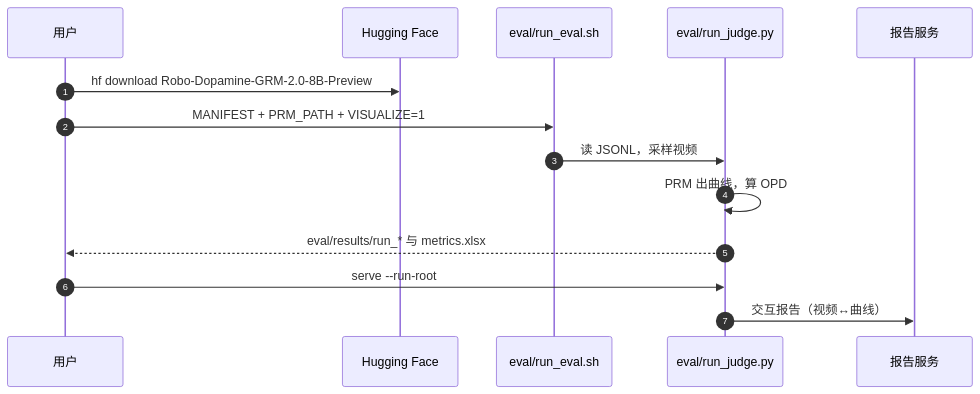
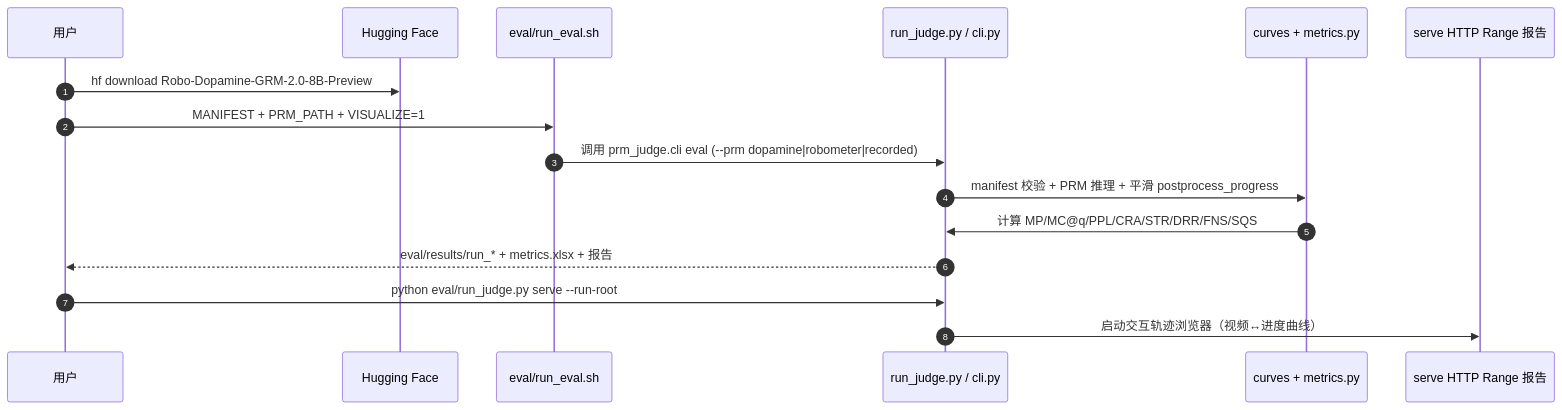
The second of 2 diagrams in wiki/entities/paper-prm-as-a-judge.md (ImChong/Robotics_Notebooks), drawn with Mermaid before and after one commit. The commit also changed other lines of this file and 41 other files, not shown here.

````diff
--- a/wiki/entities/paper-prm-as-a-judge.md
+++ b/wiki/entities/paper-prm-as-a-judge.md
@@ -93,16 +98,18 @@
 ```mermaid
 sequenceDiagram
   autonumber
   participant U as 用户
   participant HF as Hugging Face
   participant SH as eval/run_eval.sh
-  participant J as eval/run_judge.py
-  participant R as 报告服务
+  participant J as run_judge.py / cli.py
+  participant P as curves + metrics.py
+  participant R as serve HTTP Range 报告
   U->>HF: hf download Robo-Dopamine-GRM-2.0-8B-Preview
   U->>SH: MANIFEST + PRM_PATH + VISUALIZE=1
-  SH->>J: 读 JSONL，采样视频
-  J->>J: PRM 出曲线，算 OPD
-  J-->>U: eval/results/run_* 与 metrics.xlsx
-  U->>J: serve --run-root
-  J->>R: 交互报告（视频↔曲线）
+  SH->>J: 调用 prm_judge.cli eval (--prm dopamine|robometer|recorded)
+  J->>P: manifest 校验 + PRM 推理 + 平滑 postprocess_progress
+  P->>J: 计算 MP/MC@q/PPL/CRA/STR/DRR/FNS/SQS
+  J-->>U: eval/results/run_* + metrics.xlsx + 报告
+  U->>J: python eval/run_judge.py serve --run-root
+  J->>R: 启动交互轨迹浏览器（视频↔进度曲线）
 ```
````
